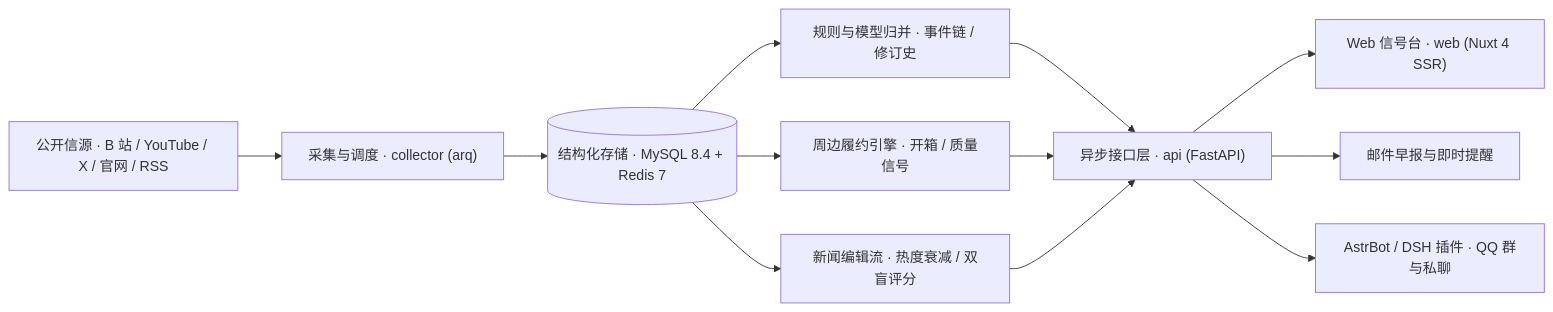
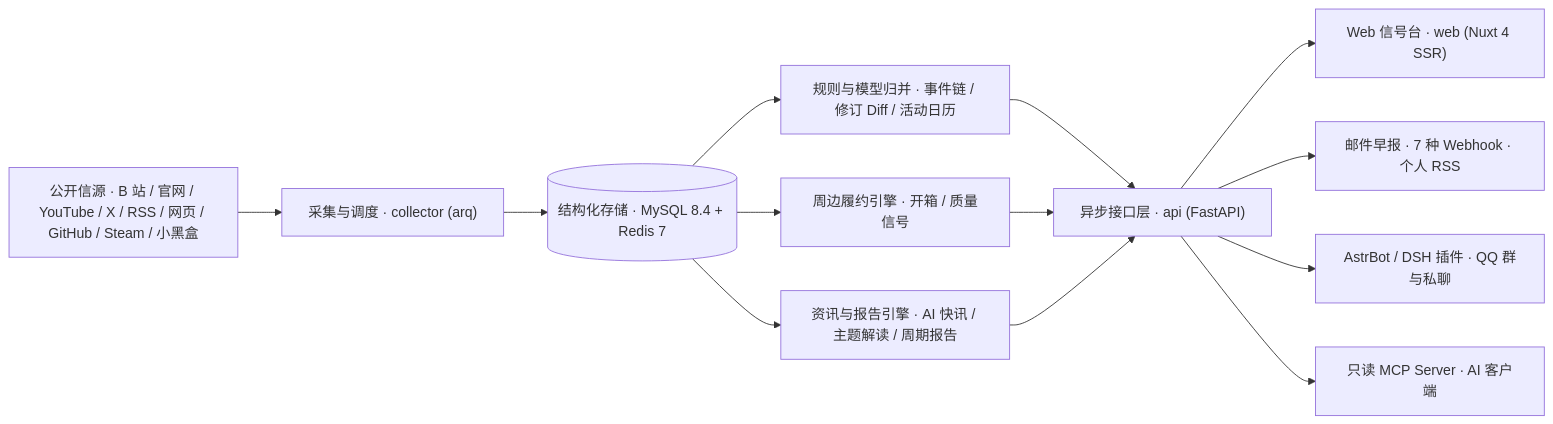
One commit to tianyin231/AniSignal changed the diagram in README.md. Above: the diagram before and after it, drawn with Mermaid. The commit also changed other lines of this file and 4 other files, not shown here.

````diff
--- a/README.md
+++ b/README.md
@@ -88,14 +89,15 @@
 ```mermaid
 flowchart LR
-    S["公开信源 · B 站 / YouTube / X / 官网 / RSS"] --> C["采集与调度 · collector (arq)"]
+    S["公开信源 · B 站 / 官网 / YouTube / X / RSS / 网页 / GitHub / Steam / 小黑盒"] --> C["采集与调度 · collector (arq)"]
     C --> DB[("结构化存储 · MySQL 8.4 + Redis 7")]
-    DB --> E["规则与模型归并 · 事件链 / 修订史"]
+    DB --> E["规则与模型归并 · 事件链 / 修订 Diff / 活动日历"]
     DB --> P["周边履约引擎 · 开箱 / 质量信号"]
-    DB --> N["新闻编辑流 · 热度衰减 / 双盲评分"]
+    DB --> N["资讯与报告引擎 · AI 快讯 / 主题解读 / 周期报告"]
     E --> API["异步接口层 · api (FastAPI)"]
     P --> API
     N --> API
     API --> W["Web 信号台 · web (Nuxt 4 SSR)"]
-    API --> M["邮件早报与即时提醒"]
+    API --> M["邮件早报 · 7 种 Webhook · 个人 RSS"]
     API --> B["AstrBot / DSH 插件 · QQ 群与私聊"]
+    API --> MCP["只读 MCP Server · AI 客户端"]
 ```
````
